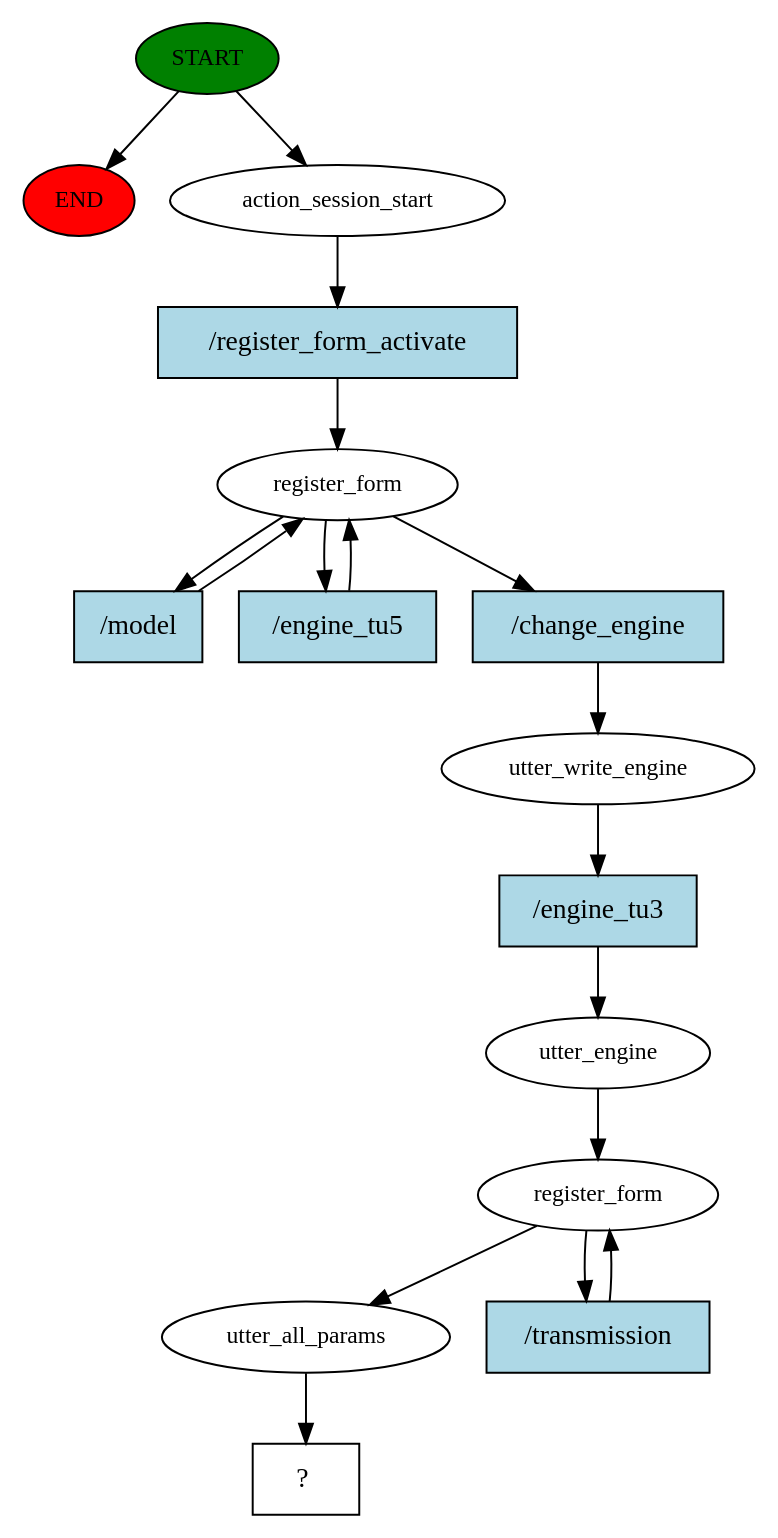
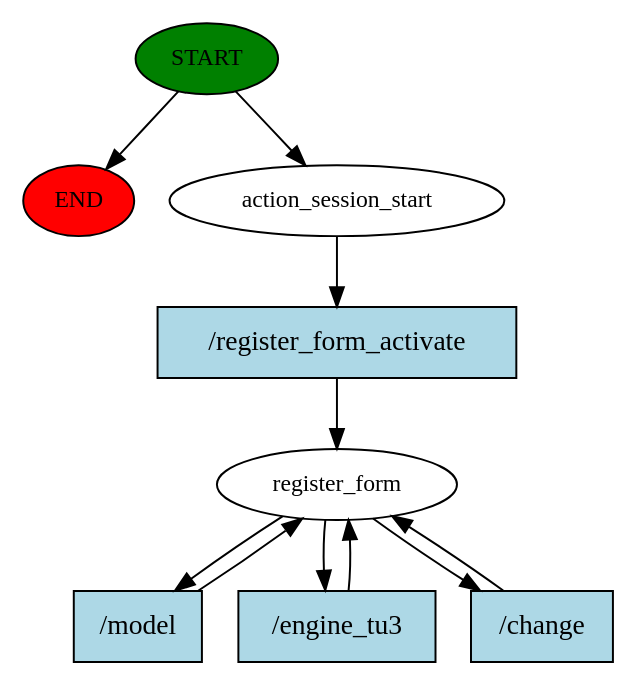
The diagram in story_graph.dot (daniilprohorov/rasa-tg-bot), drawn with Graphviz before and after one commit. The commit also changed 49 other files, not shown here.

```diff
--- a/story_graph.dot
+++ b/story_graph.dot
@@ -1,34 +1,20 @@
 digraph  {
 0 [class="start active", fillcolor=green, fontsize=12, label=START, style=filled];
 "-1" [class=end, fillcolor=red, fontsize=12, label=END, style=filled];
 1 [class=active, fontsize=12, label=action_session_start];
-2 [class=active, fontsize=12, label=register_form];
-5 [class=active, fontsize=12, label=utter_write_engine];
-6 [class=active, fontsize=12, label=utter_engine];
-7 [class=active, fontsize=12, label=register_form];
-9 [class=active, fontsize=12, label=utter_all_params];
-10 [class="intent dashed active", label="  ?  ", shape=rect];
-11 [class="intent active", fillcolor=lightblue, label="/register_form_activate", shape=rect, style=filled];
-12 [class="intent active", fillcolor=lightblue, label="/model", shape=rect, style=filled];
-13 [class="intent active", fillcolor=lightblue, label="/engine_tu5", shape=rect, style=filled];
-14 [class="intent active", fillcolor=lightblue, label="/change_engine", shape=rect, style=filled];
-15 [class="intent active", fillcolor=lightblue, label="/engine_tu3", shape=rect, style=filled];
-16 [class="intent active", fillcolor=lightblue, label="/transmission", shape=rect, style=filled];
+2 [class="active dashed", fontsize=12, label=register_form];
+6 [class="intent active", fillcolor=lightblue, label="/register_form_activate", shape=rect, style=filled];
+7 [class="intent active", fillcolor=lightblue, label="/model", shape=rect, style=filled];
+8 [class="intent active", fillcolor=lightblue, label="/engine_tu3", shape=rect, style=filled];
+9 [class="intent active", fillcolor=lightblue, label="/change", shape=rect, style=filled];
 0 -> "-1"  [class="", key=NONE, label=""];
 0 -> 1  [class=active, key=NONE, label=""];
-1 -> 11  [class=active, key=0];
-2 -> 12  [class=active, key=0];
-2 -> 13  [class=active, key=0];
-2 -> 14  [class=active, key=0];
-5 -> 15  [class=active, key=0];
-6 -> 7  [class=active, key=NONE, label=""];
-7 -> 9  [class=active, key=NONE, label=""];
-7 -> 16  [class=active, key=0];
-9 -> 10  [class=active, key=NONE, label=""];
-11 -> 2  [class=active, key=0];
-12 -> 2  [class=active, key=0];
-13 -> 2  [class=active, key=0];
-14 -> 5  [class=active, key=0];
-15 -> 6  [class=active, key=0];
-16 -> 7  [class=active, key=0];
+1 -> 6  [class=active, key=0];
+2 -> 7  [class=active, key=0];
+2 -> 8  [class=active, key=0];
+2 -> 9  [class=active, key=0];
+6 -> 2  [class=active, key=0];
+7 -> 2  [class=active, key=0];
+8 -> 2  [class=active, key=0];
+9 -> 2  [class=active, key=0];
 }
```
